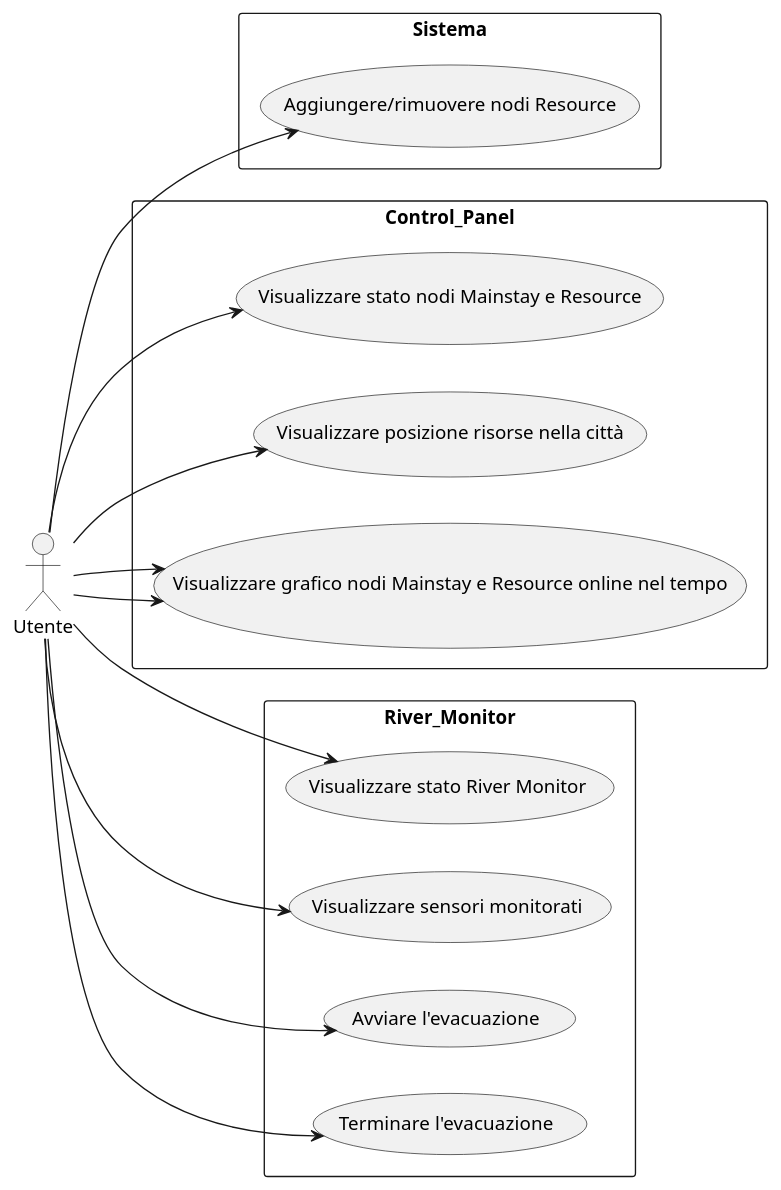
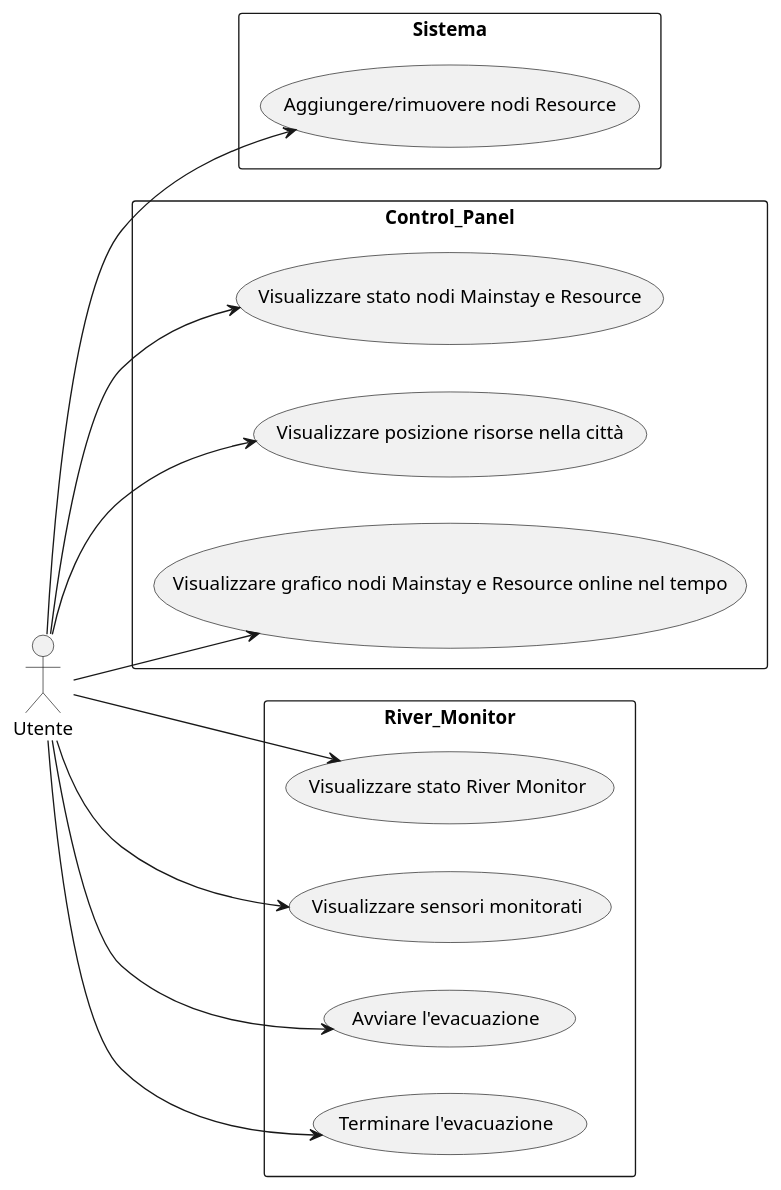
One commit to FilippoVissani/CityTwin-report changed the diagram in assets/diagrams/use-cases-diagram.puml. Above: the diagram before and after it, drawn with PlantUML. The commit also changed 1 other file, not shown here.

Commit message:
docs: fix use cases diagram

```diff
--- a/assets/diagrams/use-cases-diagram.puml
+++ b/assets/diagrams/use-cases-diagram.puml
@@ -1,31 +1,30 @@
 @startuml
 left to right direction
 actor Utente as user
 
 rectangle Sistema{
     usecase "Aggiungere/rimuovere nodi Resource" as UC1
 }
 
 rectangle Control_Panel{
     usecase "Visualizzare stato nodi Mainstay e Resource" as UC2
     usecase "Visualizzare posizione risorse nella città" as UC3
     usecase "Visualizzare grafico nodi Mainstay e Resource online nel tempo" as UC4
 }
 
 rectangle River_Monitor{
     usecase "Visualizzare stato River Monitor" as UC5
     usecase "Visualizzare sensori monitorati" as UC6
     usecase "Avviare l'evacuazione" as UC7
     usecase "Terminare l'evacuazione" as UC8
 }
 
 user --> UC1
 user --> UC2
 user --> UC3
 user --> UC4
-user --> UC4
 user --> UC5
 user --> UC6
 user --> UC7
 user --> UC8
 @enduml
```
